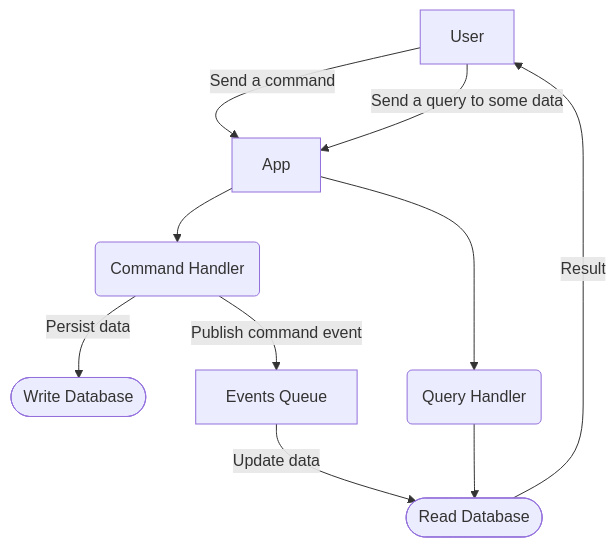
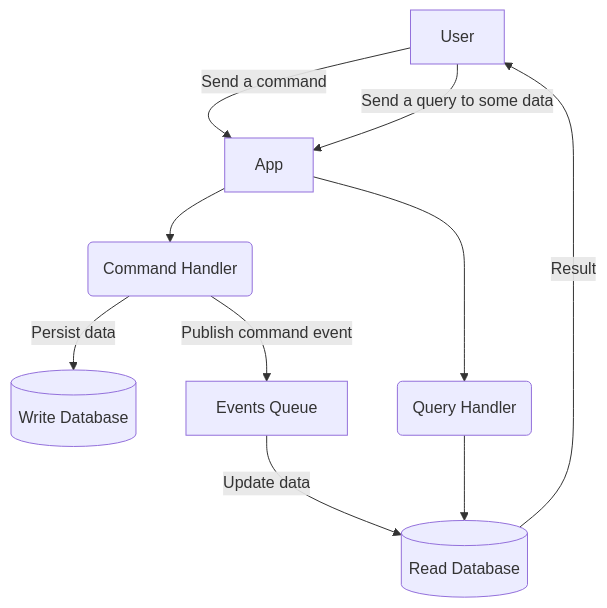
Before and after one commit to Luisgustavom1/microservices-study: the diagram in cqrs/README.md, drawn with Mermaid.

Commit message:
Represent db shape

````diff
--- a/cqrs/README.md
+++ b/cqrs/README.md
@@ -2,17 +2,17 @@
 ```mermaid
 graph TD
     User[User] --> |Send a command| Server
     Server --> CommandHandler --> |Persist data| WriteDb
     CommandHandler --> |Publish command event| Queue
 
     User --> |Send a query to some data| Server
     Server --> QueryHandler --> ReadDb --> |Result| User
     Queue --> |Update data| ReadDb
     
     Server[App]
-	  CommandHandler(Command Handler)
+    CommandHandler(Command Handler)
     QueryHandler(Query Handler)
-    ReadDb(["Read Database"])
-  	WriteDb(["Write Database"])
-  	Queue["Events Queue"]
+    ReadDb[(Read Database)]
+    WriteDb[(Write Database)]
+    Queue["Events Queue"]
 ```
````
